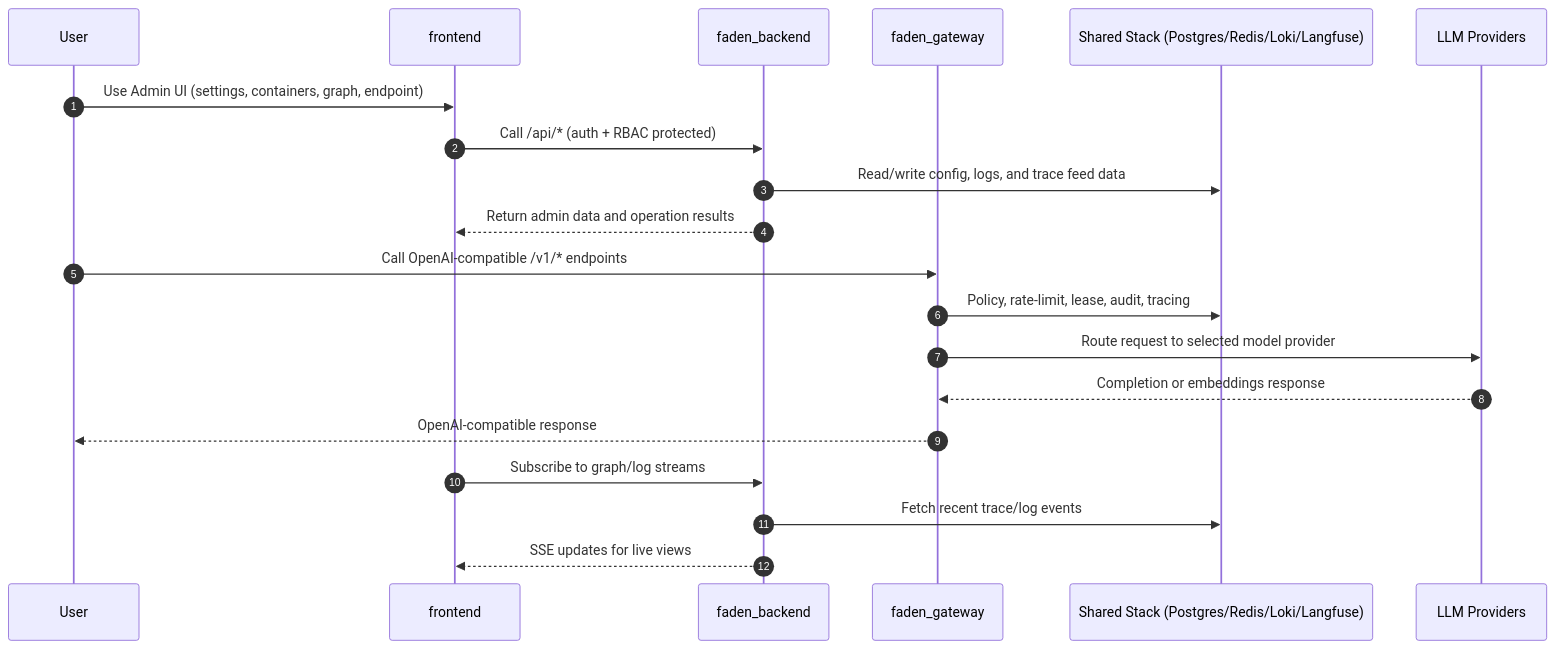
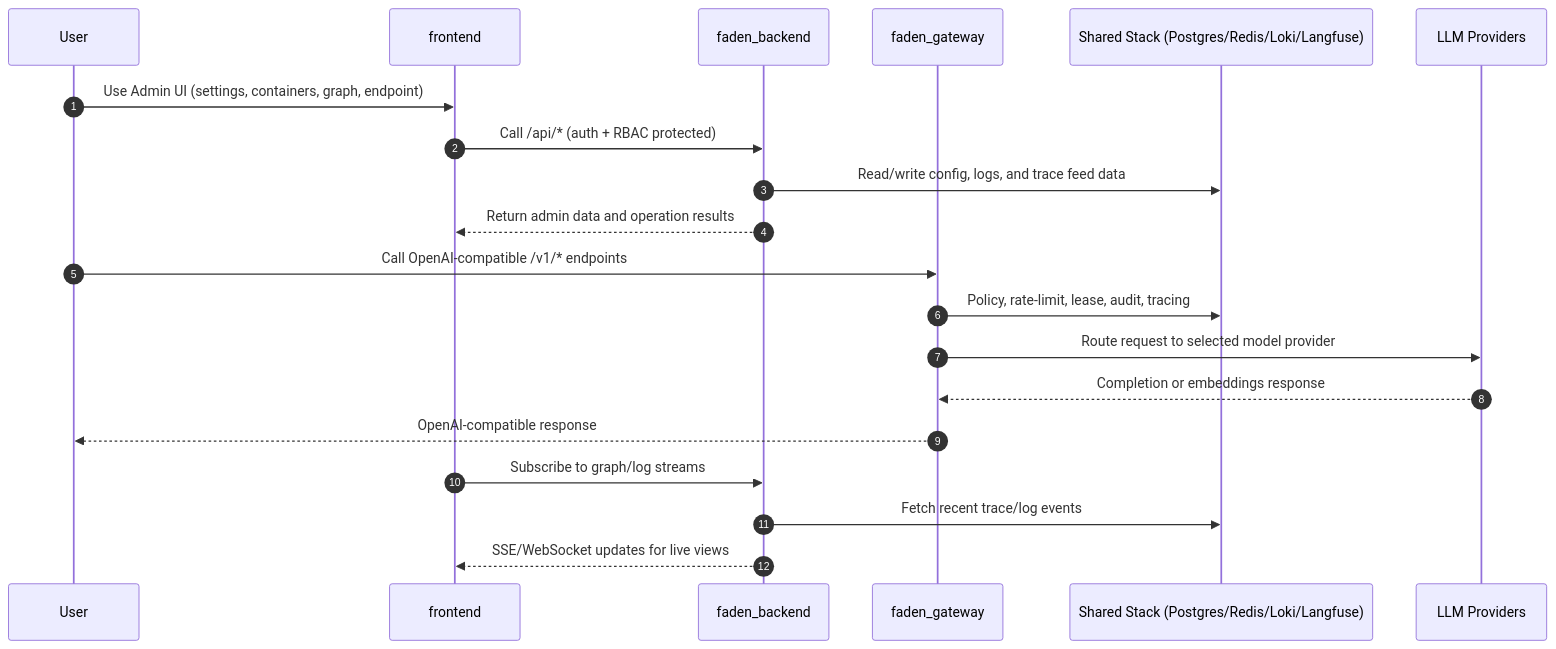
The diagram in frontend/README.md (fadenstack/fadenstack), drawn with Mermaid before and after one commit. The commit also changed other lines of this file and 17 other files, not shown here.

````diff
--- a/frontend/README.md
+++ b/frontend/README.md
@@ -111,25 +112,25 @@
 ```mermaid
 sequenceDiagram
     autonumber
     participant User
     participant Frontend as frontend
     participant Backend as faden_backend
     participant Gateway as faden_gateway
     participant Shared as Shared Stack (Postgres/Redis/Loki/Langfuse)
     participant Provider as LLM Providers
 
     User->>Frontend: Use Admin UI (settings, containers, graph, endpoint)
     Frontend->>Backend: Call /api/* (auth + RBAC protected)
     Backend->>Shared: Read/write config, logs, and trace feed data
     Backend-->>Frontend: Return admin data and operation results
 
     User->>Gateway: Call OpenAI-compatible /v1/* endpoints
     Gateway->>Shared: Policy, rate-limit, lease, audit, tracing
     Gateway->>Provider: Route request to selected model provider
     Provider-->>Gateway: Completion or embeddings response
     Gateway-->>User: OpenAI-compatible response
 
     Frontend->>Backend: Subscribe to graph/log streams
     Backend->>Shared: Fetch recent trace/log events
-    Backend-->>Frontend: SSE updates for live views
+    Backend-->>Frontend: SSE/WebSocket updates for live views
 ```
````
